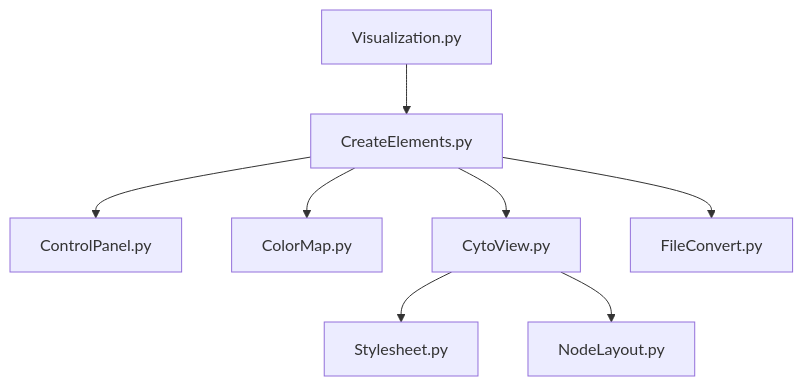
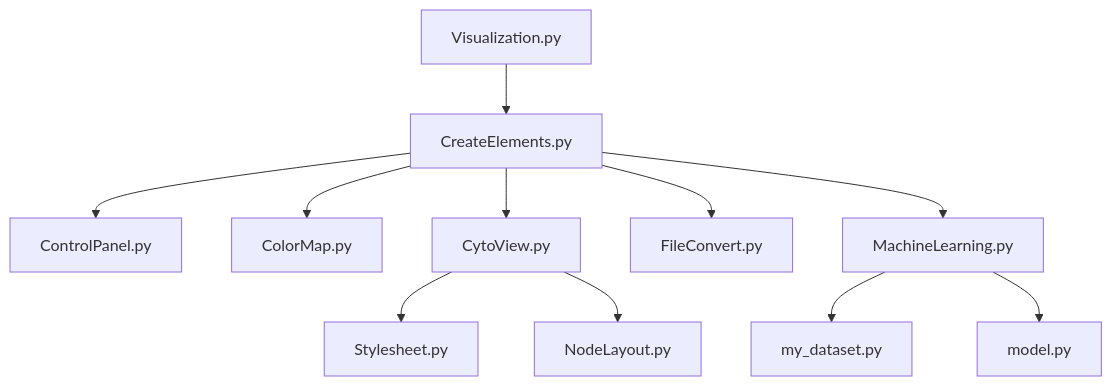
Before and after one commit to mehdi123dj/VIZ_API: the diagram in README.md, drawn with Mermaid. The commit also changed other lines of this file, not shown here.

````diff
--- a/README.md
+++ b/README.md
@@ -196,10 +201,13 @@
 ```mermaid
   graph TD;
       Visualization.py-->CreateElements.py;
       CreateElements.py-->ControlPanel.py;
       CreateElements.py-->ColorMap.py;
       CreateElements.py-->CytoView.py;
       CreateElements.py-->FileConvert.py;
+      CreateElements.py-->MachineLearning.py;
+      MachineLearning.py-->my_dataset.py;
+      MachineLearning.py-->model.py;
       CytoView.py-->Stylesheet.py;
       CytoView.py-->NodeLayout.py;
 ```
````
